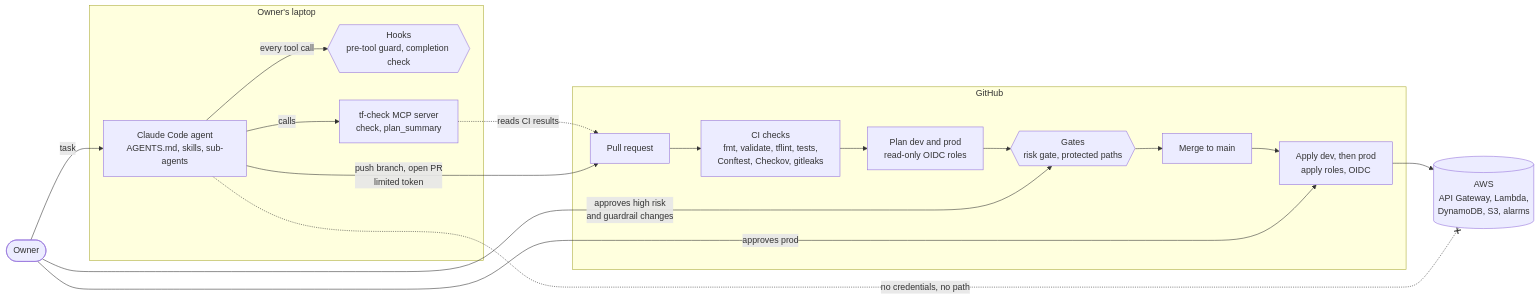
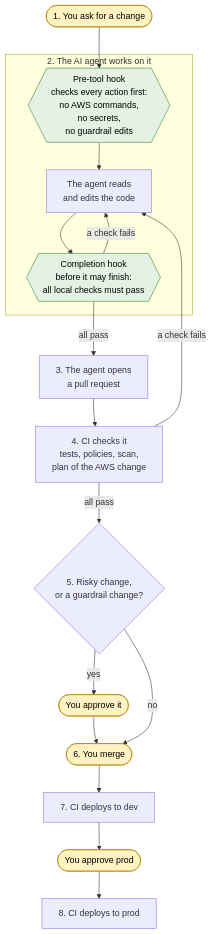
Before and after one commit to amith55555/ai-governed-terraform: the diagram in README.md, drawn with Mermaid. The commit also changed other lines of this file and 15 other files, not shown here.

````diff
--- a/README.md
+++ b/README.md
@@ -32,29 +50,31 @@
 ```mermaid
-flowchart LR
-    owner(["Owner"])
-    subgraph laptop["Owner's laptop"]
-        agent["Claude Code agent<br/>AGENTS.md, skills, sub-agents"]
-        hooks{{"Hooks<br/>pre-tool guard, completion check"}}
-        mcp["tf-check MCP server<br/>check, plan_summary"]
+flowchart TB
+    ask(["1. You ask for a change"])
+    subgraph work["2. The AI agent works on it"]
+        pre{{"Pre-tool hook<br/>checks every action first:<br/>no AWS commands,<br/>no secrets,<br/>no guardrail edits"}}
+        write["The agent reads<br/>and edits the code"]
+        post{{"Completion hook<br/>before it may finish:<br/>all local checks must pass"}}
     end
-    subgraph github["GitHub"]
-        pr["Pull request"]
-        ci["CI checks<br/>fmt, validate, tflint, tests,<br/>Conftest, Checkov, gitleaks"]
-        plan["Plan dev and prod<br/>read-only OIDC roles"]
-        gates{{"Gates<br/>risk gate, protected paths"}}
-        merge["Merge to main"]
-        deploy["Apply dev, then prod<br/>apply roles, OIDC"]
-    end
-    aws[("AWS<br/>API Gateway, Lambda,<br/>DynamoDB, S3, alarms")]
+    pr["3. The agent opens<br/>a pull request"]
+    ci["4. CI checks it<br/>tests, policies, scan,<br/>plan of the AWS change"]
+    risky{"5. Risky change,<br/>or a guardrail change?"}
+    ok1(["You approve it"])
+    merge(["6. You merge"])
+    dev["7. CI deploys to dev"]
+    ok2(["You approve prod"])
+    prod["8. CI deploys to prod"]
 
-    owner -- "task" --> agent
-    agent -- "every tool call" --> hooks
-    agent -- "calls" --> mcp
-    mcp -. "reads CI results" .-> pr
-    agent -- "push branch, open PR<br/>limited token" --> pr
-    pr --> ci --> plan --> gates
-    owner -- "approves high risk<br/>and guardrail changes" --> gates
-    gates --> merge --> deploy --> aws
-    owner -- "approves prod" --> deploy
-    agent -. "no credentials, no path" .-x aws
+    ask --> pre --> write --> post
+    post -- "a check fails" --> write
+    post -- "all pass" --> pr --> ci
+    ci -- "a check fails" --> write
+    ci -- "all pass" --> risky
+    risky -- "yes" --> ok1 --> merge
+    risky -- "no" --> merge
+    merge --> dev --> ok2 --> prod
+
+    classDef you fill:#fff3c4,stroke:#b8860b,color:#000
+    classDef hook fill:#e3f2e3,stroke:#2e7d32,color:#000
+    class ask,ok1,merge,ok2 you
+    class pre,post hook
 ```
````
